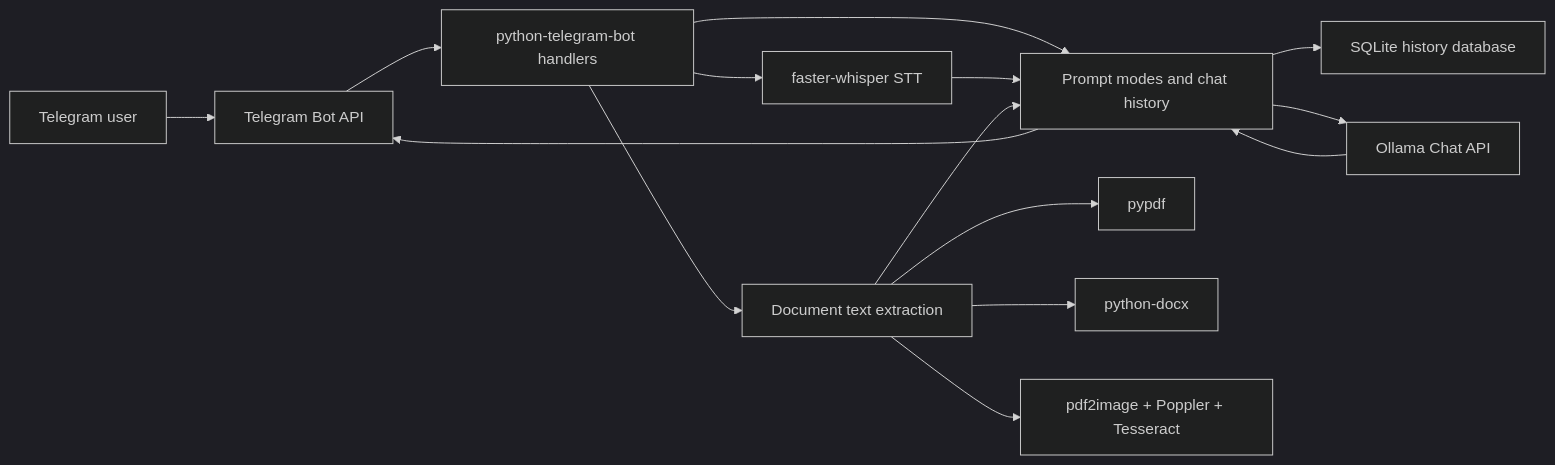
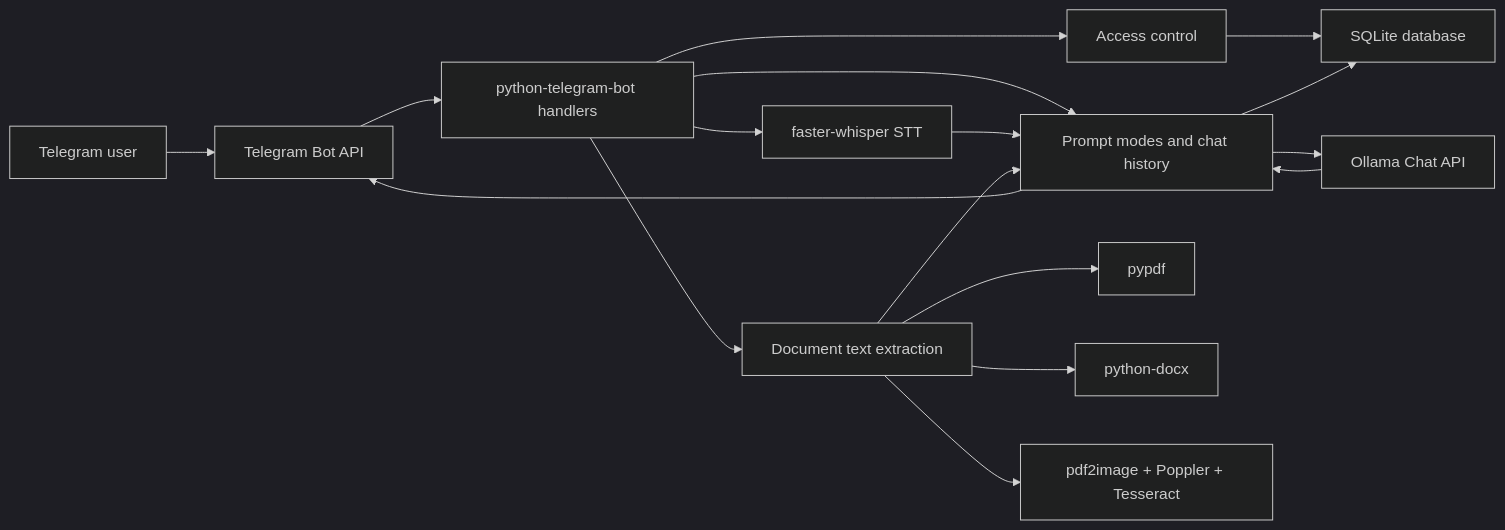
One commit to almiroshin/telegram-ollama-bot changed the diagram in docs/ARCHITECTURE.md. Above: the diagram before and after it, drawn with Mermaid (dark theme). The commit also changed other lines of this file and 13 other files, not shown here.

````diff
--- a/docs/ARCHITECTURE.md
+++ b/docs/ARCHITECTURE.md
@@ -9,17 +9,19 @@
 ```mermaid
 flowchart LR
     U["Telegram user"] --> TG["Telegram Bot API"]
     TG --> H["python-telegram-bot handlers"]
+    H --> A["Access control"]
+    A --> DB
     H --> M["Prompt modes and chat history"]
-    M --> DB["SQLite history database"]
+    M --> DB["SQLite database"]
     M --> O["Ollama Chat API"]
     O --> M
     H --> V["faster-whisper STT"]
     H --> D["Document text extraction"]
     D --> PDF["pypdf"]
     D --> DOCX["python-docx"]
     D --> OCR["pdf2image + Poppler + Tesseract"]
     V --> M
     D --> M
     M --> TG
 ```
````
